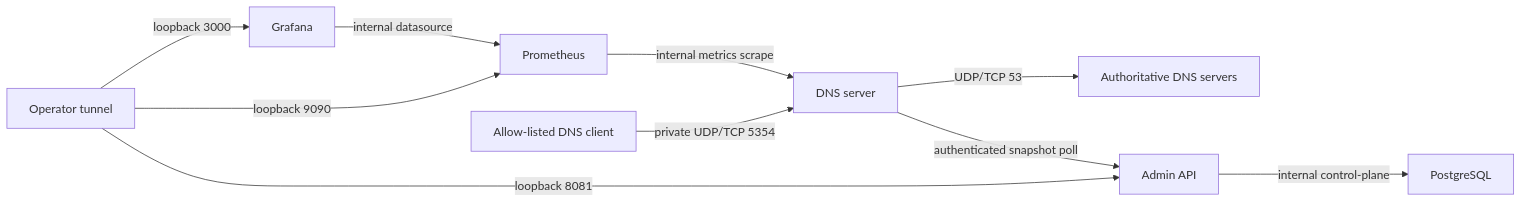
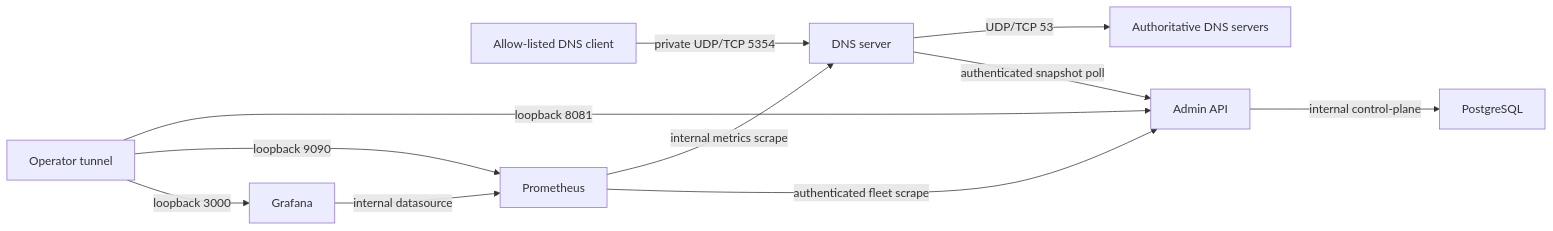
Before and after one commit to AishV05/DNSResolver: the diagram in docs/architecture.md, drawn with Mermaid. The commit also changed other lines of this file and 133 other files, not shown here.

````diff
--- a/docs/architecture.md
+++ b/docs/architecture.md
@@ -164,14 +170,15 @@
 ```mermaid
 flowchart LR
     client["Allow-listed DNS client"] -->|"private UDP/TCP 5354"| dns["DNS server"]
     dns -->|"UDP/TCP 53"| authorities["Authoritative DNS servers"]
 
     operator["Operator tunnel"] -->|"loopback 8081"| admin["Admin API"]
     operator -->|"loopback 9090"| prometheus["Prometheus"]
     operator -->|"loopback 3000"| grafana["Grafana"]
 
     admin -->|"internal control-plane"| postgres["PostgreSQL"]
     dns -->|"authenticated snapshot poll"| admin
     prometheus -->|"internal metrics scrape"| dns
+    prometheus -->|"authenticated fleet scrape"| admin
     grafana -->|"internal datasource"| prometheus
 ```
````
